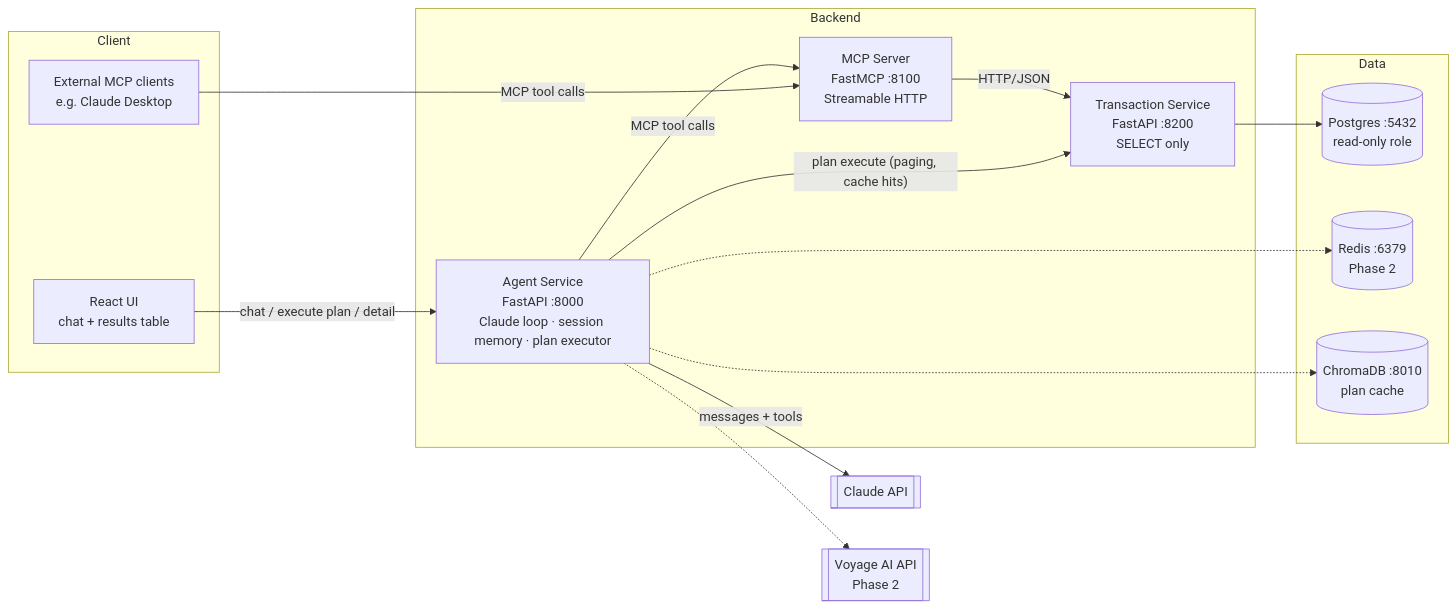
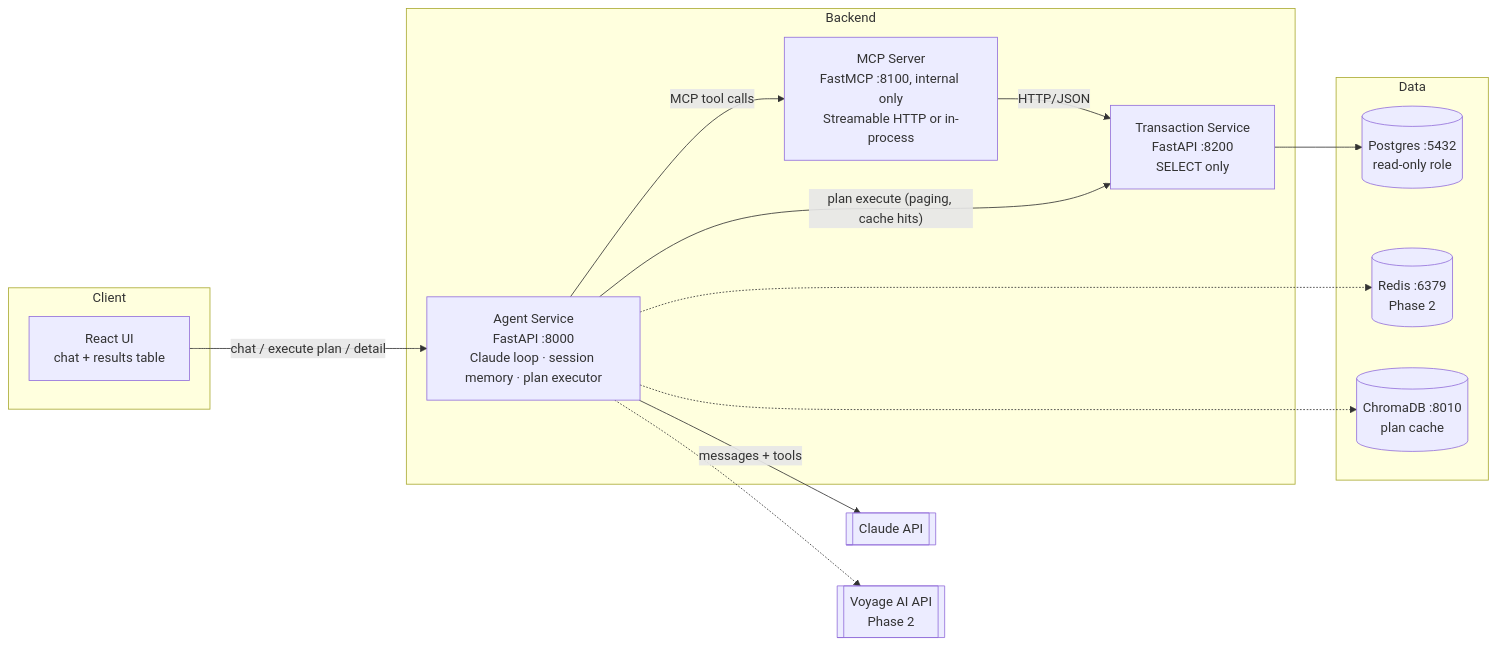
One commit to sushmakoulgi/Transaction-Dashboard-Agent changed the first of 4 diagrams in docs/HLD.md. Above: the diagram before and after it, drawn with Mermaid. The commit also changed other lines of this file and 8 other files, not shown here.

First line of the commit message:
MCP: internal only, with an in-process transport for the agent

````diff
--- a/docs/HLD.md
+++ b/docs/HLD.md
@@ -48,33 +48,31 @@
 ```mermaid
 flowchart LR
     subgraph Client
         UI[React UI<br/>chat + results table]
-        EXT[External MCP clients<br/>e.g. Claude Desktop]
     end
 
     subgraph Backend
         AG[Agent Service<br/>FastAPI :8000<br/>Claude loop · session memory · plan executor]
-        MCP[MCP Server<br/>FastMCP :8100<br/>Streamable HTTP]
+        MCP[MCP Server<br/>FastMCP :8100, internal only<br/>Streamable HTTP or in-process]
         TS[Transaction Service<br/>FastAPI :8200<br/>SELECT only]
     end
 
     subgraph Data
         PG[(Postgres :5432<br/>read-only role)]
         RD[(Redis :6379<br/>Phase 2)]
         CH[(ChromaDB :8010<br/>plan cache)]
     end
 
     CL[[Claude API]]
     VO[[Voyage AI API<br/>Phase 2]]
 
     UI -- "chat / execute plan / detail" --> AG
     AG -- "messages + tools" --> CL
     AG -- "MCP tool calls" --> MCP
-    EXT -- "MCP tool calls" --> MCP
     MCP -- "HTTP/JSON" --> TS
     AG -- "plan execute (paging, cache hits)" --> TS
     TS --> PG
     AG -.-> RD
     AG -.-> CH
     AG -.-> VO
 ```
````
